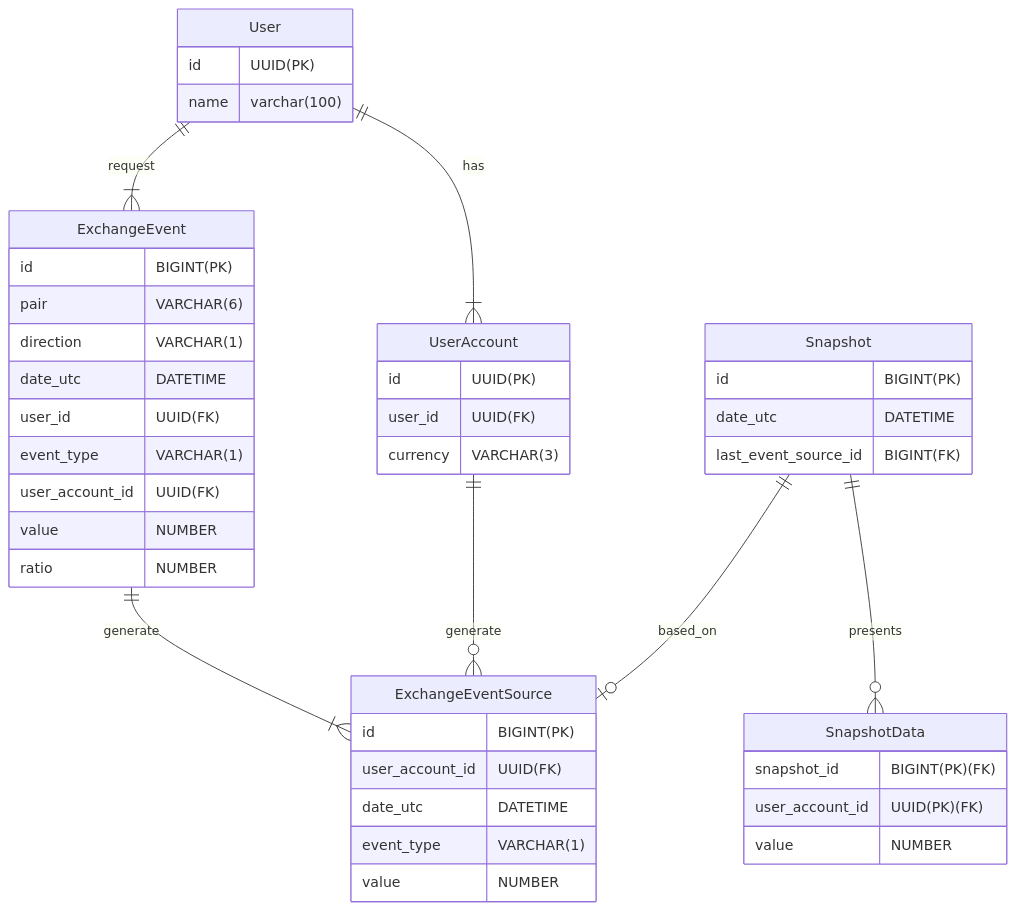
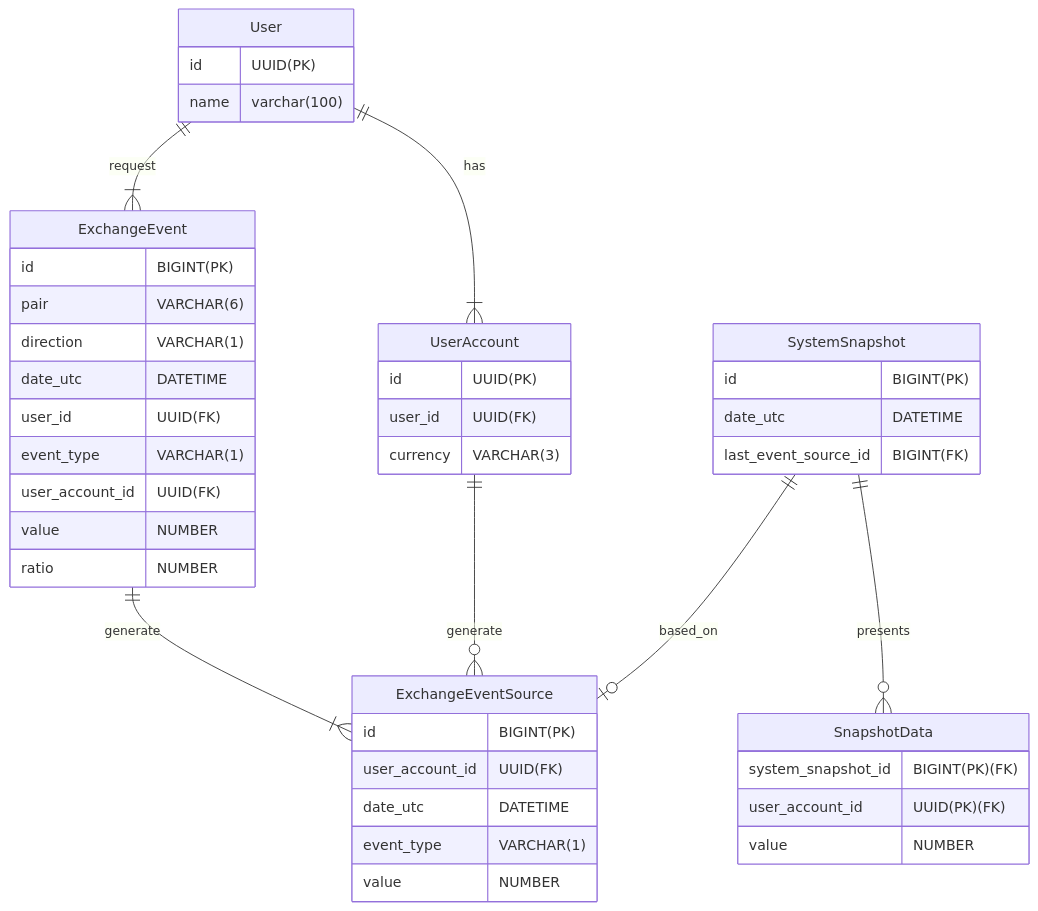
One commit to tomasz-franek/exchange-platform changed the diagram in docs/database.md. Above: the diagram before and after it, drawn with Mermaid. The commit also changed 1 other file, not shown here.

Commit message:
snapshot tables

````diff
--- a/docs/database.md
+++ b/docs/database.md
@@ -1,53 +1,53 @@
 ```mermaid
 erDiagram
     User {
         id UUID(PK)
         name varchar(100)
     }
 
     UserAccount {
         id UUID(PK)
         user_id UUID(FK)
         currency VARCHAR(3)
     }
 
     ExchangeEvent {
         id BIGINT(PK)
         pair VARCHAR(6)
         direction VARCHAR(1)
         date_utc DATETIME
         user_id UUID(FK)
         event_type VARCHAR(1)
         user_account_id UUID(FK)
         value NUMBER
         ratio NUMBER
     }
 
     ExchangeEventSource {
         id BIGINT(PK)
         user_account_id UUID(FK)
         date_utc DATETIME
         event_type VARCHAR(1)
         value NUMBER
     }
 
-    Snapshot {
+    SystemSnapshot {
         id BIGINT(PK)
         date_utc DATETIME
         last_event_source_id BIGINT(FK)
     }
 
     SnapshotData {
-        snapshot_id BIGINT(PK)(FK)
+        system_snapshot_id BIGINT(PK)(FK)
         user_account_id UUID(PK)(FK)
         value NUMBER
     }
 
     User ||--|{ ExchangeEvent: request
     User ||--|{ UserAccount: has
     ExchangeEvent ||--|{ ExchangeEventSource: generate
     UserAccount ||--o{ ExchangeEventSource: generate
-    Snapshot ||--o| ExchangeEventSource: based_on
-    Snapshot ||--o{ SnapshotData: presents
+    SystemSnapshot ||--o| ExchangeEventSource: based_on
+    SystemSnapshot ||--o{ SnapshotData: presents
 
 ```
````
